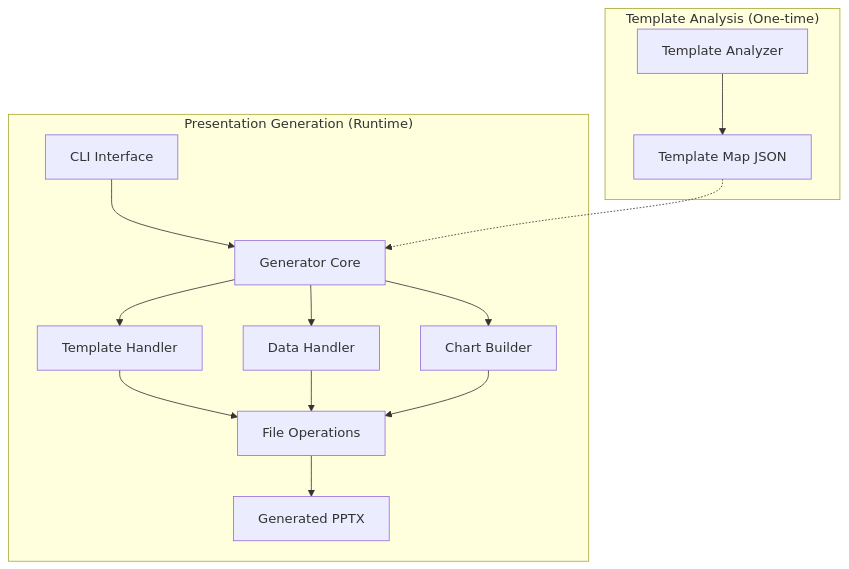
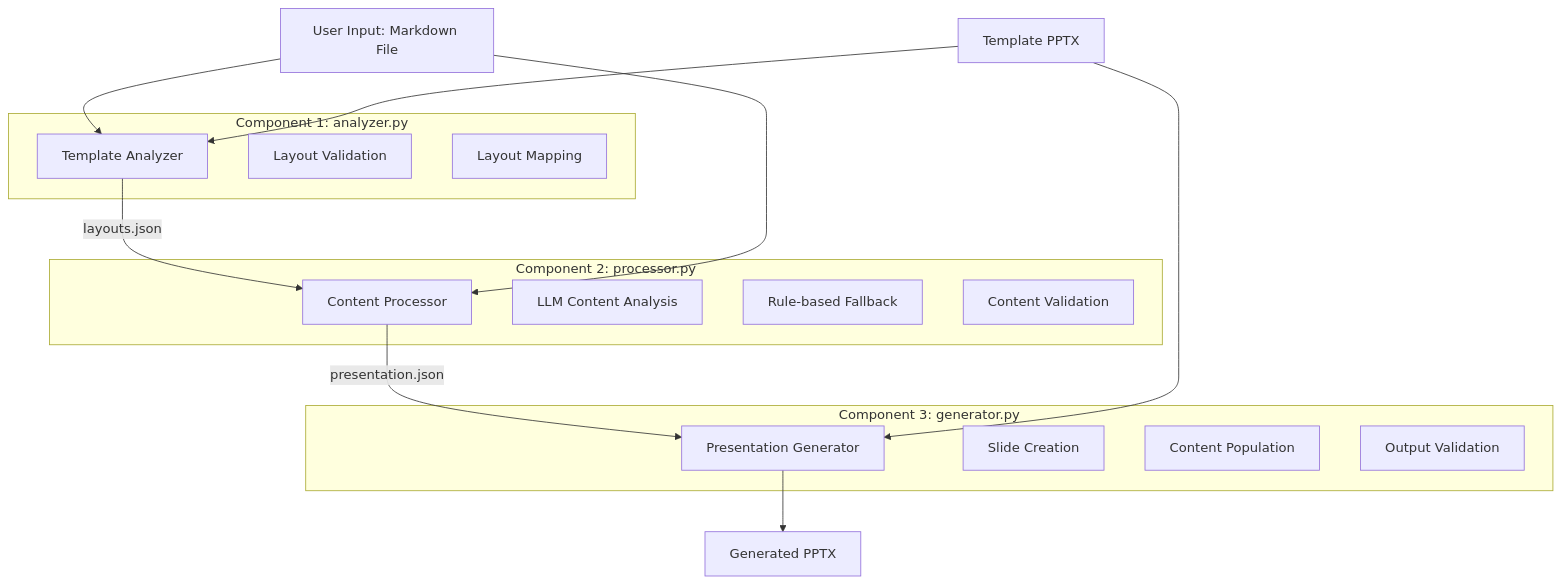
One commit to schwaa/pptxcreator changed the diagram in memory-bank/systemPatterns.md. Above: the diagram before and after it, drawn with Mermaid. The commit also changed other lines of this file and 21 other files, not shown here.

Commit message:
Update baseline: reorganize project structure, update .gitignore, README, and refactor generator/analyzer/processor changes

````diff
--- a/memory-bank/systemPatterns.md
+++ b/memory-bank/systemPatterns.md
@@ -4,20 +4,30 @@
 ```mermaid
 flowchart TD
-    subgraph Analysis["Template Analysis (One-time)"]
-        Analyzer[Template Analyzer] --> TempMap[Template Map JSON]
+    Input[User Input: Markdown File] --> Analyzer[Template Analyzer]
+    Template[Template PPTX] --> Analyzer
+    Analyzer -->|layouts.json| Processor[Content Processor]
+    Input --> Processor
+    Processor -->|presentation.json| Generator[Presentation Generator]
+    Template --> Generator
+    Generator --> Output[Generated PPTX]
+
+    subgraph Component 1: analyzer.py
+        Analyzer
+        AnalyzerValidation[Layout Validation]
+        LayoutMapping[Layout Mapping]
     end
-    
-    subgraph Generation["Presentation Generation (Runtime)"]
-        CLI[CLI Interface] --> Generator[Generator Core]
-        Generator --> TemplateHandler[Template Handler]
-        Generator --> DataHandler[Data Handler]
-        Generator --> ChartBuilder[Chart Builder]
-        
-        TempMap -.-> Generator
-        TemplateHandler --> FileOps[File Operations]
-        DataHandler --> FileOps
-        ChartBuilder --> FileOps
-        
-        FileOps --> Output[Generated PPTX]
+
+    subgraph Component 2: processor.py
+        Processor
+        LLMAnalysis[LLM Content Analysis]
+        Fallback[Rule-based Fallback]
+        ContentValidation[Content Validation]
+    end
+
+    subgraph Component 3: generator.py
+        Generator
+        SlideCreation[Slide Creation]
+        ContentPopulation[Content Population]
+        OutputValidation[Output Validation]
     end
 ```
````
